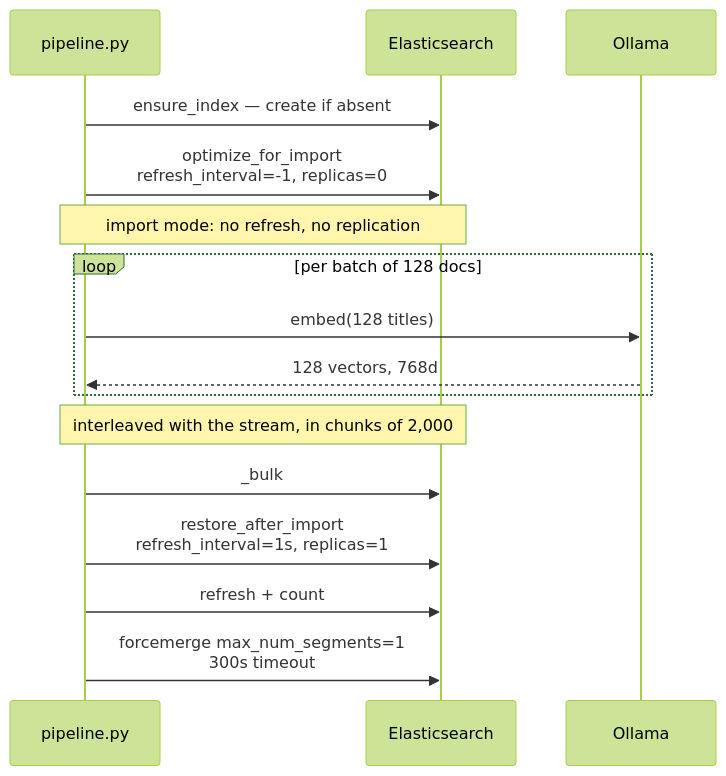
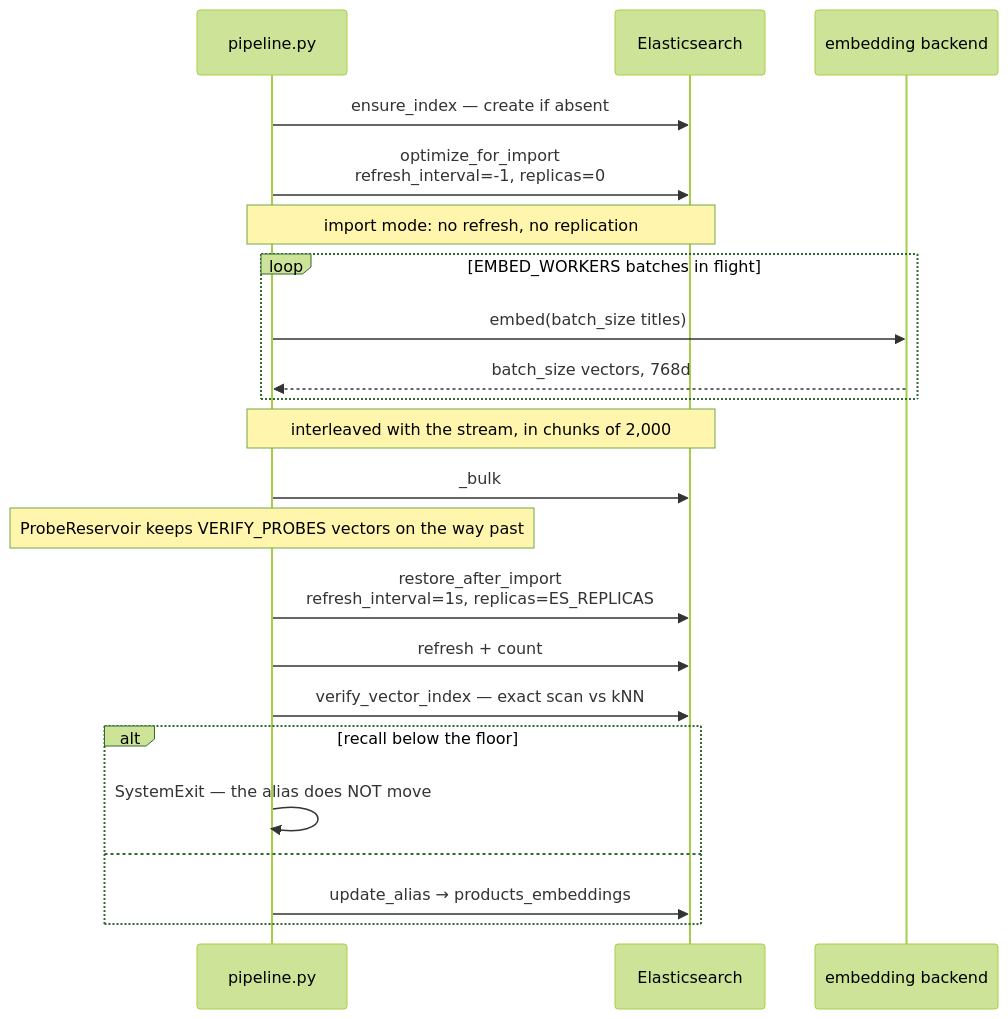
The fifth of 7 diagrams in article-02-vector-ingestion/ARCHITECTURE.md (Guillaume-Gozillon/search-lab-ingest), drawn with Mermaid (forest theme) before and after one commit. The commit also changed other lines of this file and 18 other files, not shown here.

First line of the commit message:
Add a TEI backend and run the embedding stage concurrently

````diff
--- a/article-02-vector-ingestion/ARCHITECTURE.md
+++ b/article-02-vector-ingestion/ARCHITECTURE.md
@@ -95,21 +134,27 @@
 ```mermaid
 sequenceDiagram
     participant P as pipeline.py
     participant ES as Elasticsearch
-    participant O as Ollama
+    participant B as embedding backend
 
     P->>ES: ensure_index — create if absent
     P->>ES: optimize_for_import<br/>refresh_interval=-1, replicas=0
     Note over P,ES: import mode: no refresh, no replication
 
-    loop per batch of 128 docs
-        P->>O: embed(128 titles)
-        O-->>P: 128 vectors, 768d
+    loop EMBED_WORKERS batches in flight
+        P->>B: embed(batch_size titles)
+        B-->>P: batch_size vectors, 768d
     end
     Note over P,ES: interleaved with the stream, in chunks of 2,000
     P->>ES: _bulk
+    Note over P: ProbeReservoir keeps VERIFY_PROBES vectors on the way past
 
-    P->>ES: restore_after_import<br/>refresh_interval=1s, replicas=1
+    P->>ES: restore_after_import<br/>refresh_interval=1s, replicas=ES_REPLICAS
     P->>ES: refresh + count
-    P->>ES: forcemerge max_num_segments=1<br/>300s timeout
+    P->>ES: verify_vector_index — exact scan vs kNN
+    alt recall below the floor
+        P->>P: SystemExit — the alias does NOT move
+    else
+        P->>ES: update_alias → products_embeddings
+    end
 ```
````
